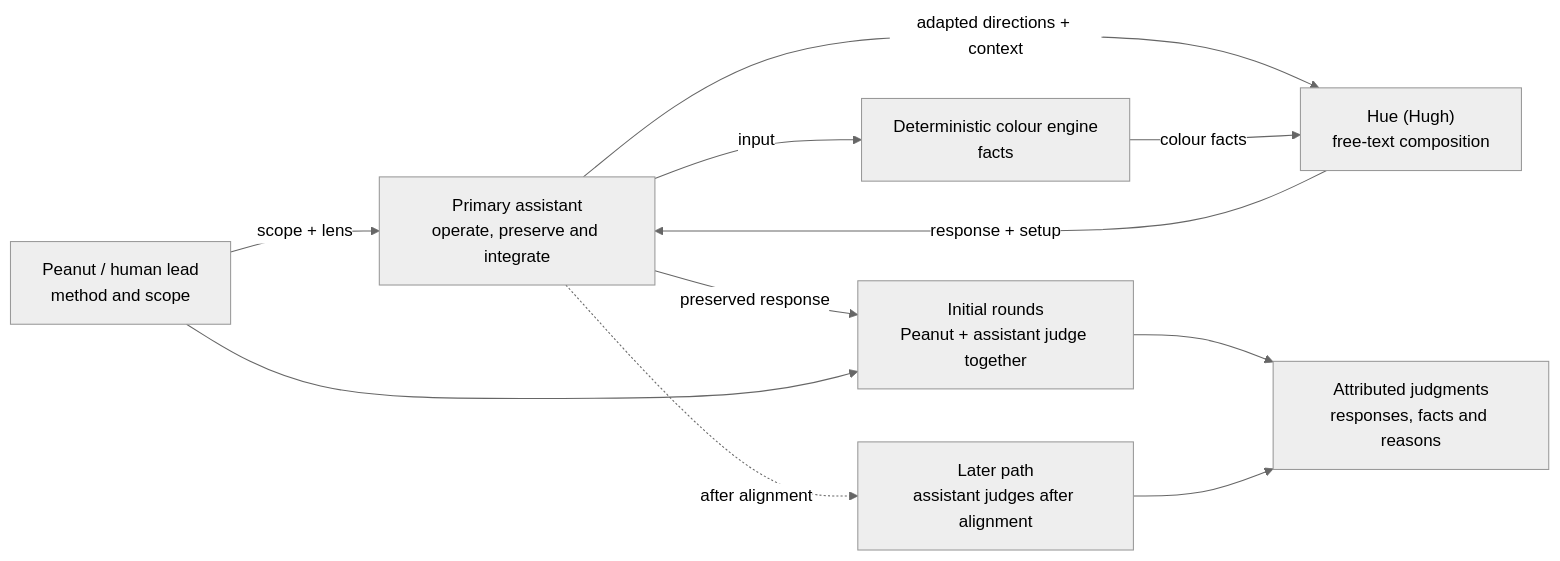
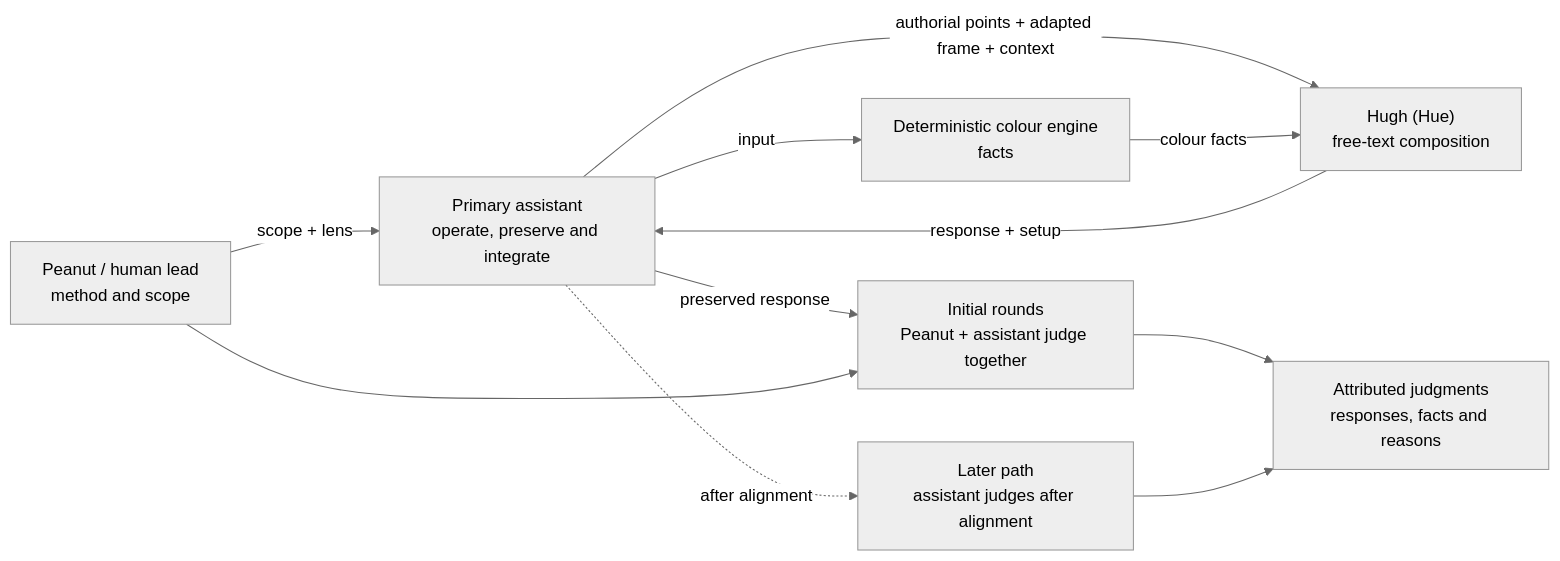
Before and after one commit to tryskian/huemiliator: the diagram in docs/diagrams/BEHAVIOUR_PULSE.md, drawn with Mermaid (neutral theme). The commit also changed other lines of this file and 14 other files, not shown here.

````diff
--- a/docs/diagrams/BEHAVIOUR_PULSE.md
+++ b/docs/diagrams/BEHAVIOUR_PULSE.md
@@ -10,21 +10,21 @@
 ```mermaid
 flowchart LR
   H["Peanut / human lead<br/>method and scope"]
   A["Primary assistant<br/>operate, preserve and integrate"]
   C["Deterministic colour engine<br/>facts"]
-  X["Hue (Hugh)<br/>free-text composition"]
+  X["Hugh (Hue)<br/>free-text composition"]
   J["Initial rounds<br/>Peanut + assistant judge together"]
   I["Later path<br/>assistant judges after alignment"]
   F["Attributed judgments<br/>responses, facts and reasons"]
 
   H -->|"scope + lens"| A
   A -->|"input"| C
-  A -->|"adapted directions + context"| X
+  A -->|"authorial points + adapted frame + context"| X
   C -->|"colour facts"| X
   X -->|"response + setup"| A
   A -->|"preserved response"| J
   H --> J
   A -.->|"after alignment"| I
   J --> F
   I --> F
 ```
````
